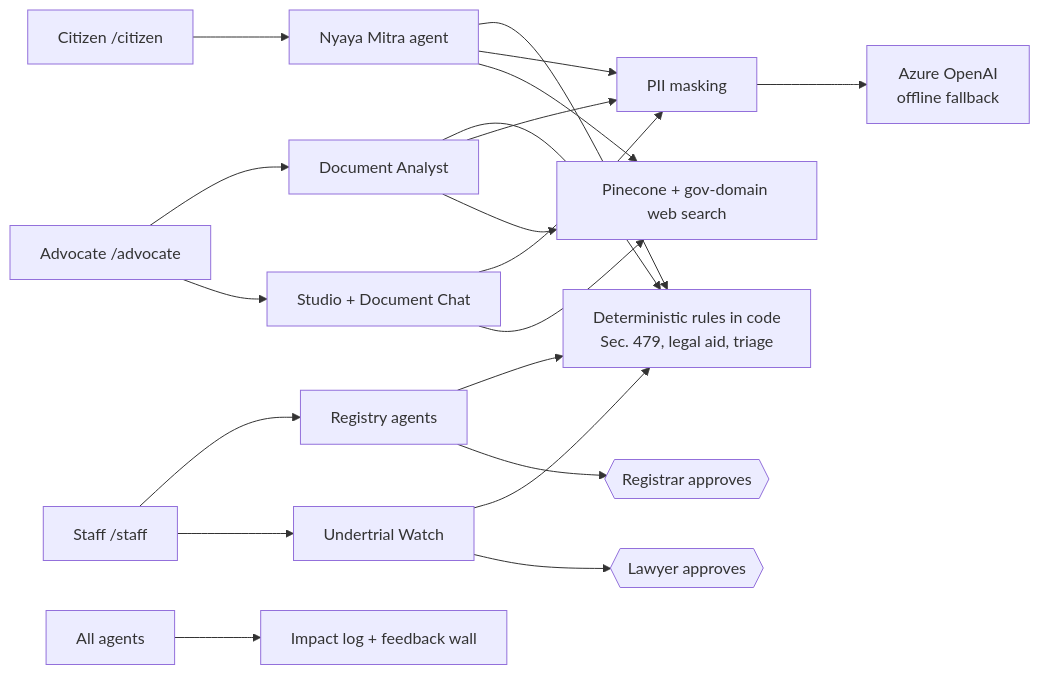
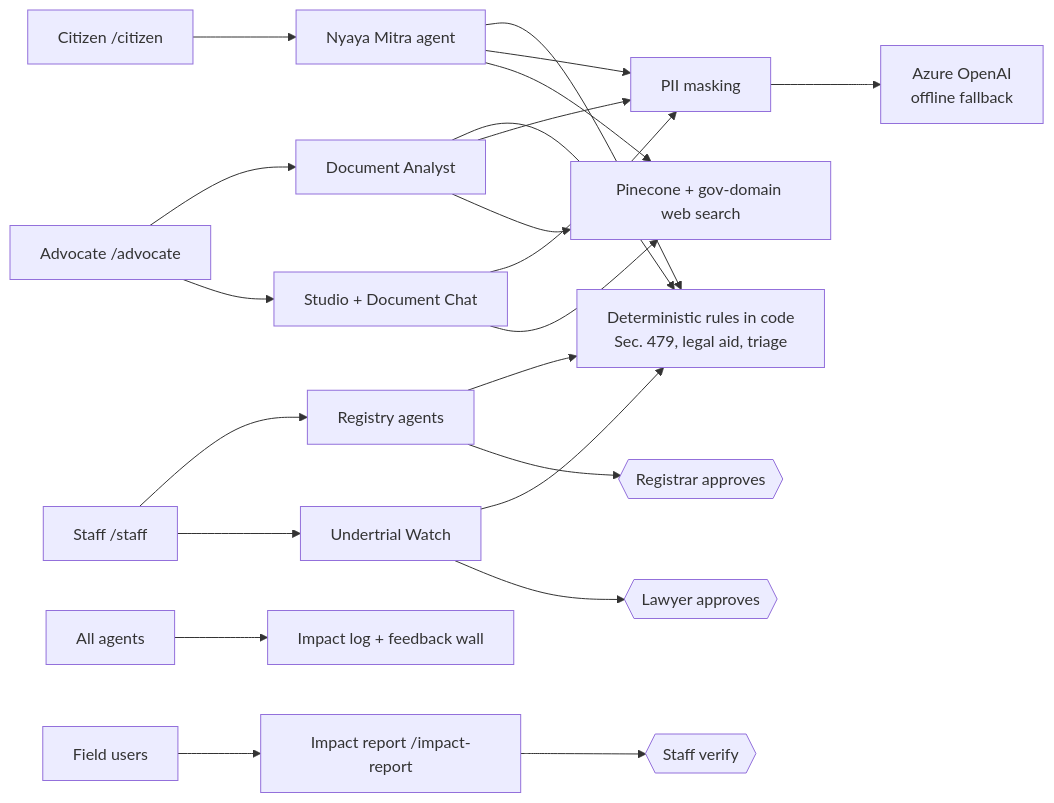
The diagram in README.md (chintamourya/nyayavedika), drawn with Mermaid before and after one commit. The commit also changed other lines of this file and 32 other files, not shown here.

````diff
--- a/README.md
+++ b/README.md
@@ -65,14 +69,15 @@
 ```mermaid
 flowchart LR
     C["Citizen /citizen"] --> NM["Nyaya Mitra agent"]
     A["Advocate /advocate"] --> DA["Document Analyst"]
     A --> WB["Studio + Document Chat"]
     S["Staff /staff"] --> RA["Registry agents"]
     S --> UW["Undertrial Watch"]
     NM & DA & RA & UW --> RULES["Deterministic rules in code<br/>Sec. 479, legal aid, triage"]
     NM & DA & WB --> PII["PII masking"] --> LLM["Azure OpenAI<br/>offline fallback"]
     NM & DA & WB --> KB["Pinecone + gov-domain web search"]
     UW --> G1{{"Lawyer approves"}}
     RA --> G2{{"Registrar approves"}}
     Agents["All agents"] --> IMP["Impact log + feedback wall"]
+    U["Field users"] --> IR["Impact report /impact-report"] --> G3{{"Staff verify"}}
 ```
````
